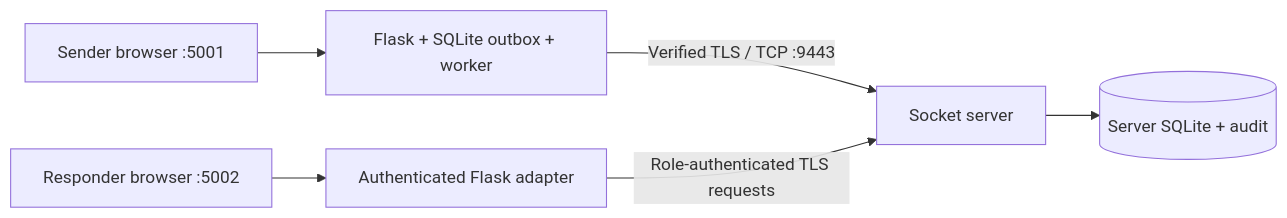
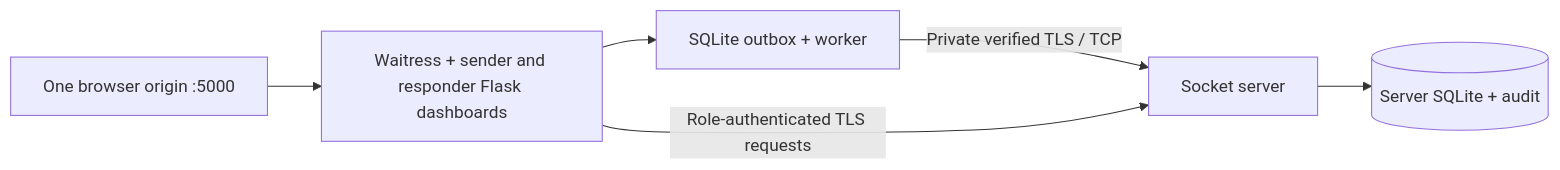
One commit to mehakv194/safesignal-cn-lab changed the first of 2 diagrams in README.md. Above: the diagram before and after it, drawn with Mermaid. The commit also changed other lines of this file and 41 other files, not shown here.

````diff
--- a/README.md
+++ b/README.md
@@ -81,8 +92,8 @@
 ```mermaid
 flowchart LR
-    B[Sender browser :5001] --> W[Flask + SQLite outbox + worker]
-    W -->|Verified TLS / TCP :9443| S[Socket server]
+    B[One browser origin :5000] --> W[Waitress + sender and responder Flask dashboards]
+    W --> Q[SQLite outbox + worker]
+    Q -->|Private verified TLS / TCP| S[Socket server]
     S --> D[(Server SQLite + audit)]
-    R[Responder browser :5002] --> F[Authenticated Flask adapter]
-    F -->|Role-authenticated TLS requests| S
+    W -->|Role-authenticated TLS requests| S
 ```
````
